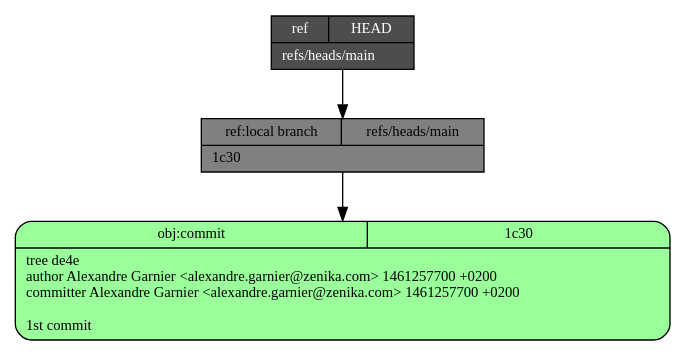
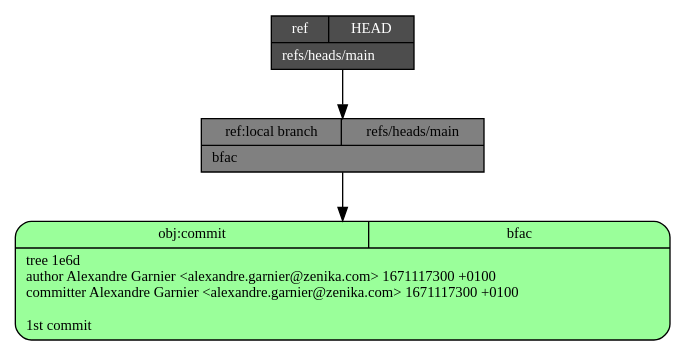
The diagram in commit.dot (zigarn/git-internals), drawn with Graphviz before and after one commit. The commit also changed 9 other files, not shown here.

```diff
--- a/commit.dot
+++ b/commit.dot
@@ -1,9 +1,9 @@
 digraph structs {
   node [shape=record,fontsize=11];
   rankdir="TB";
-  _1c30 [fillcolor="palegreen1", style="filled,rounded", label="{{obj:commit|1c30}|tree\ de4e\lauthor\ Alexandre\ Garnier\ \<alexandre\.garnier\@zenika\.com\>\ 1461257700\ \+0200\lcommitter\ Alexandre\ Garnier\ \<alexandre\.garnier\@zenika\.com\>\ 1461257700\ \+0200\l\l1st\ commit\l}"]
-  _refs___heads___main [style=filled, fillcolor=gray,  label="{{ref:local branch|refs\/heads\/main}|1c30\l}"]
-  _refs___heads___main -> _1c30
+  _bfac [fillcolor="palegreen1", style="filled,rounded", label="{{obj:commit|bfac}|tree\ 1e6d\lauthor\ Alexandre\ Garnier\ \<alexandre\.garnier\@zenika\.com\>\ 1671117300\ \+0100\lcommitter\ Alexandre\ Garnier\ \<alexandre\.garnier\@zenika\.com\>\ 1671117300\ \+0100\l\l1st\ commit\l}"]
+  _refs___heads___main [style=filled, fillcolor=gray,  label="{{ref:local branch|refs\/heads\/main}|bfac\l}"]
+  _refs___heads___main -> _bfac
   _HEAD [style=filled, fillcolor=gray30, fontcolor=white,  label="{{ref|HEAD}|refs\/heads\/main\l}"]
   _HEAD -> _refs___heads___main
 }
```
